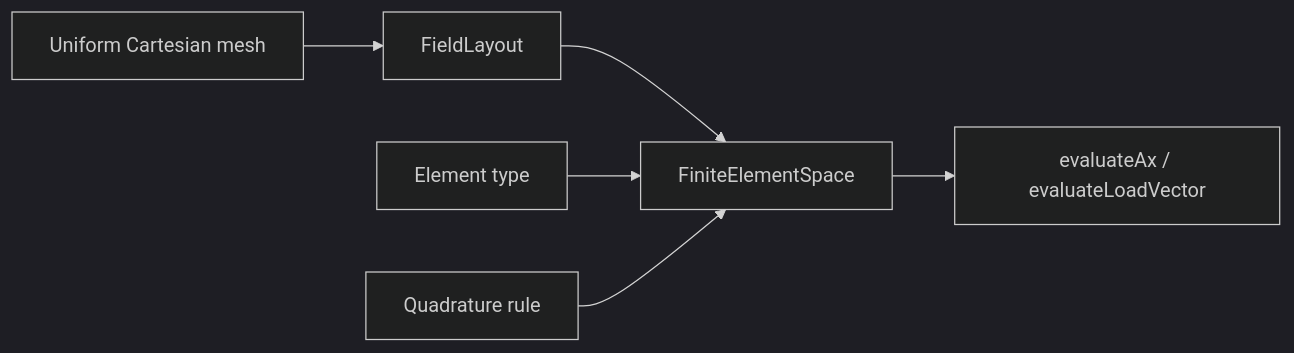
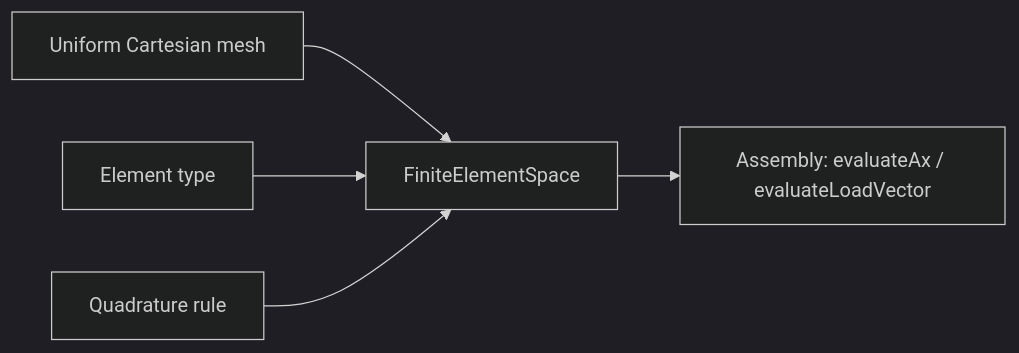
The diagram in sections/fem/index.qmd (IPPL-framework/Manual), drawn with Mermaid (dark theme) before and after one commit. The commit also changed other lines of this file, not shown here.

````diff
--- a/sections/fem/index.qmd
+++ b/sections/fem/index.qmd
@@ -41,8 +41,7 @@
 ```{mermaid}
 flowchart LR
-  Mesh["Uniform Cartesian mesh"] --> Layout["FieldLayout"]
-  Layout --> Space["FiniteElementSpace"]
+  Mesh["Uniform Cartesian mesh"] --> Space["FiniteElementSpace"]
   Element["Element type"] --> Space
   Quad["Quadrature rule"] --> Space
-  Space --> Assembly["evaluateAx / evaluateLoadVector"]
+  Space --> Assembly["Assembly: evaluateAx / evaluateLoadVector"]
 ```
````
